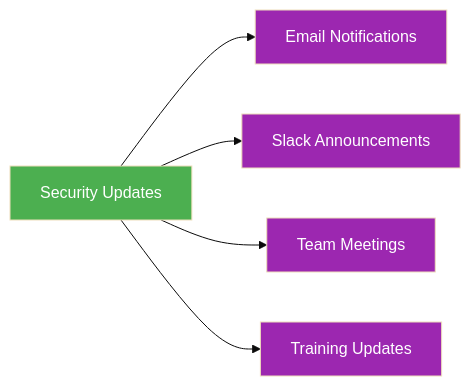
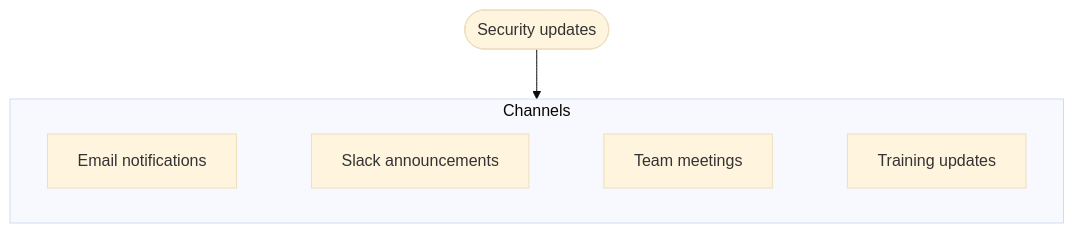
Before and after one commit to ultralytics/handbook: the second of 2 diagrams in docs/en/security/employee-security-compliance-requirements.md, drawn with Mermaid (base theme). The commit also changed other lines of this file and 16 other files, not shown here.

First line of the commit message:
Migrate handbook Mermaid diagrams to the unified design system

````diff
--- a/docs/en/security/employee-security-compliance-requirements.md
+++ b/docs/en/security/employee-security-compliance-requirements.md
@@ -137,10 +136,9 @@
 ```mermaid
-graph LR
-    A[Security Updates]:::start --> B[Email Notifications]:::out
-    A --> C[Slack Announcements]:::out
-    A --> D[Team Meetings]:::out
-    A --> E[Training Updates]:::out
-
-    classDef start fill:#4CAF50,color:#fff
-    classDef out fill:#9C27B0,color:#fff
+flowchart TD
+    A([Security updates]) --> channels
+    subgraph channels["Channels"]
+        B[Email notifications] ~~~ C[Slack announcements]
+        C ~~~ D[Team meetings]
+        D ~~~ E[Training updates]
+    end
 ```
````
